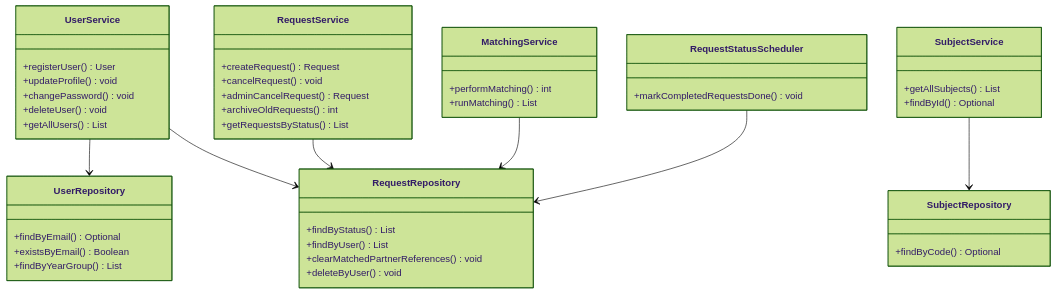
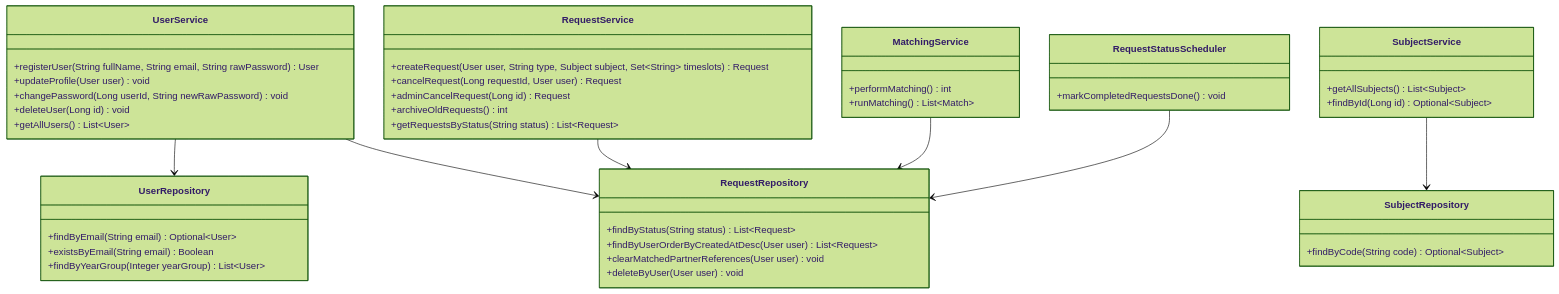
One commit to Geiger-J/studentportal changed the third of 17 diagrams in ia_docs/crit_b_design_diagrams_new.md. Above: the diagram before and after it, drawn with Mermaid (forest theme). The commit also changed other lines of this file, not shown here.

Commit message:
feat: detailed UML visibility/Match class, method params, DFD split, pseudocode comments and short captions

````diff
--- a/ia_docs/crit_b_design_diagrams_new.md
+++ b/ia_docs/crit_b_design_diagrams_new.md
@@ -149,58 +167,58 @@
 ```mermaid
 classDiagram
     direction TB
 
     class UserService {
-        +registerUser() User
-        +updateProfile() void
-        +changePassword() void
-        +deleteUser() void
-        +getAllUsers() List
+        +registerUser(String fullName, String email, String rawPassword) User
+        +updateProfile(User user) void
+        +changePassword(Long userId, String newRawPassword) void
+        +deleteUser(Long id) void
+        +getAllUsers() List~User~
     }
 
     class RequestService {
-        +createRequest() Request
-        +cancelRequest() void
-        +adminCancelRequest() Request
+        +createRequest(User user, String type, Subject subject, Set~String~ timeslots) Request
+        +cancelRequest(Long requestId, User user) Request
+        +adminCancelRequest(Long id) Request
         +archiveOldRequests() int
-        +getRequestsByStatus() List
+        +getRequestsByStatus(String status) List~Request~
     }
 
     class MatchingService {
         +performMatching() int
-        +runMatching() List
+        +runMatching() List~Match~
     }
 
     class RequestStatusScheduler {
         +markCompletedRequestsDone() void
     }
 
     class SubjectService {
-        +getAllSubjects() List
-        +findById() Optional
+        +getAllSubjects() List~Subject~
+        +findById(Long id) Optional~Subject~
     }
 
     class UserRepository {
-        +findByEmail() Optional
-        +existsByEmail() Boolean
-        +findByYearGroup() List
+        +findByEmail(String email) Optional~User~
+        +existsByEmail(String email) Boolean
+        +findByYearGroup(Integer yearGroup) List~User~
     }
 
     class RequestRepository {
-        +findByStatus() List
-        +findByUser() List
-        +clearMatchedPartnerReferences() void
-        +deleteByUser() void
+        +findByStatus(String status) List~Request~
+        +findByUserOrderByCreatedAtDesc(User user) List~Request~
+        +clearMatchedPartnerReferences(User user) void
+        +deleteByUser(User user) void
     }
 
     class SubjectRepository {
-        +findByCode() Optional
+        +findByCode(String code) Optional~Subject~
     }
 
     UserService --> UserRepository
     UserService --> RequestRepository
     RequestService --> RequestRepository
     MatchingService --> RequestRepository
     RequestStatusScheduler --> RequestRepository
     SubjectService --> SubjectRepository
 ```
````
